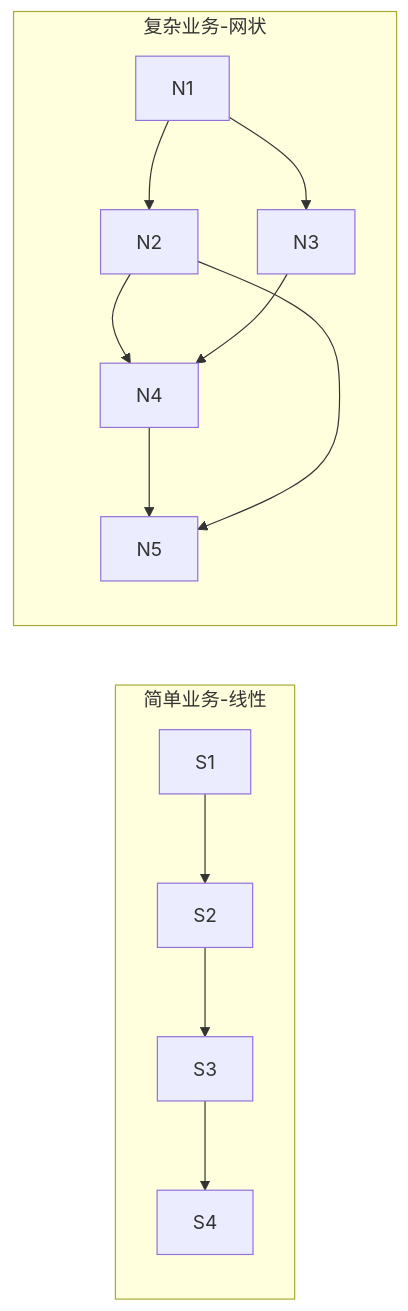
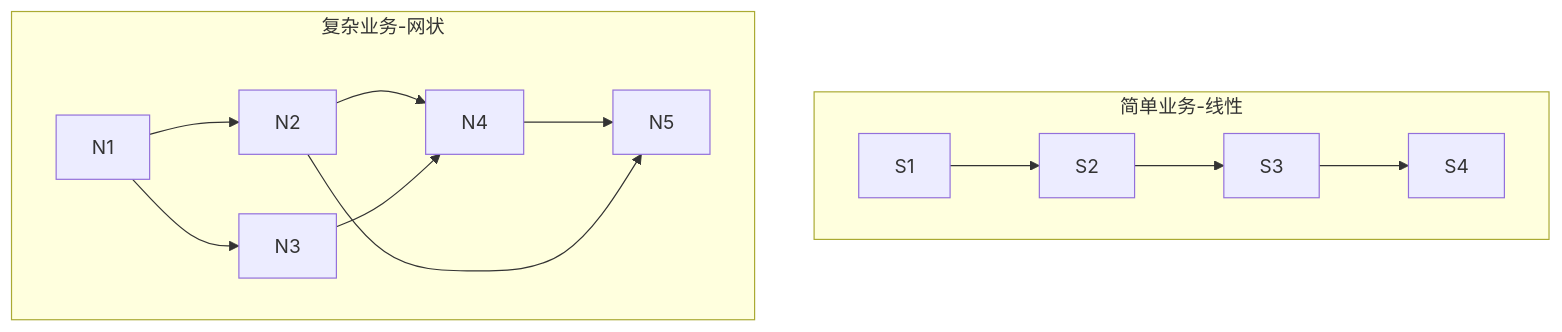
One commit to chongyang211/YCBookBlog changed the fifth of 5 diagrams in 00.通用技术的提升/05.面向对象设计/01.面向对象设计思想.md. Above: the diagram before and after it, drawn with Mermaid. The commit also changed 14 other files, not shown here.

````diff
--- a/00.通用技术的提升/05.面向对象设计/01.面向对象设计思想.md
+++ b/00.通用技术的提升/05.面向对象设计/01.面向对象设计思想.md
@@ -282,14 +282,14 @@
 ```mermaid
-flowchart LR
+flowchart TD
     subgraph 简单业务-线性
         S1 --> S2 --> S3 --> S4
     end
     subgraph 复杂业务-网状
         N1 --> N2
         N1 --> N3
         N2 --> N4
         N3 --> N4
         N4 --> N5
         N2 --> N5
     end
 ```
````
